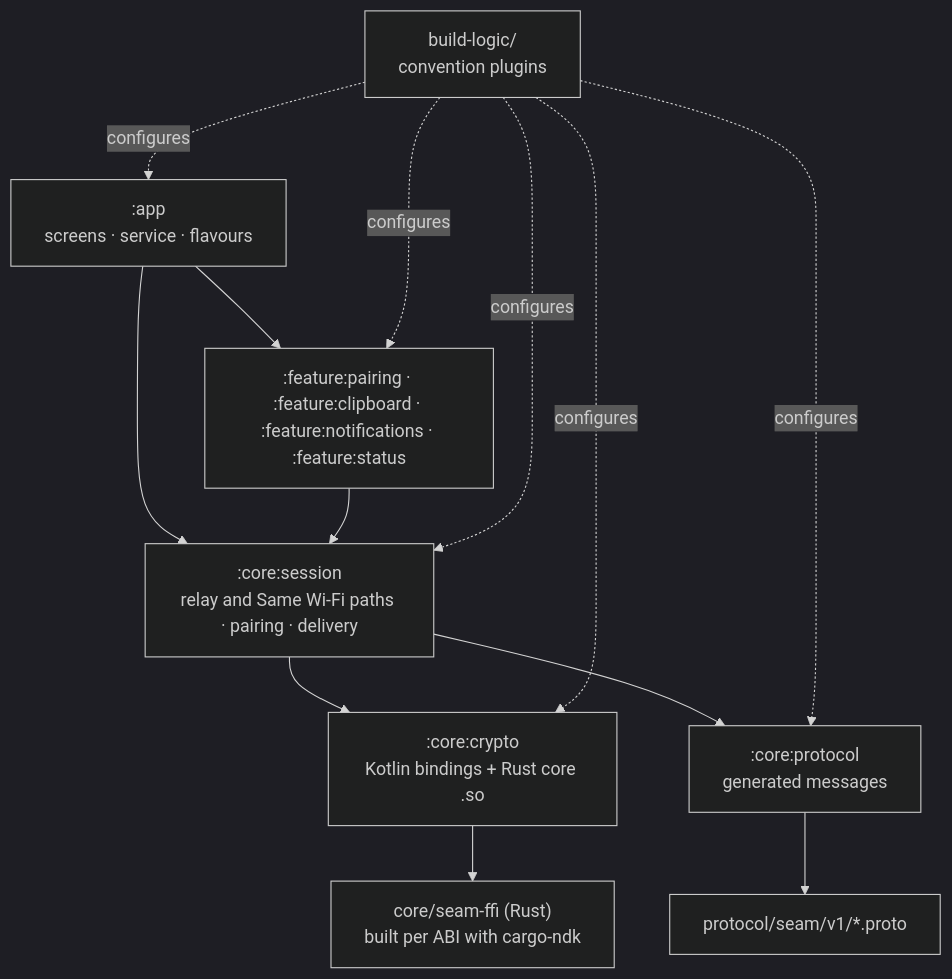
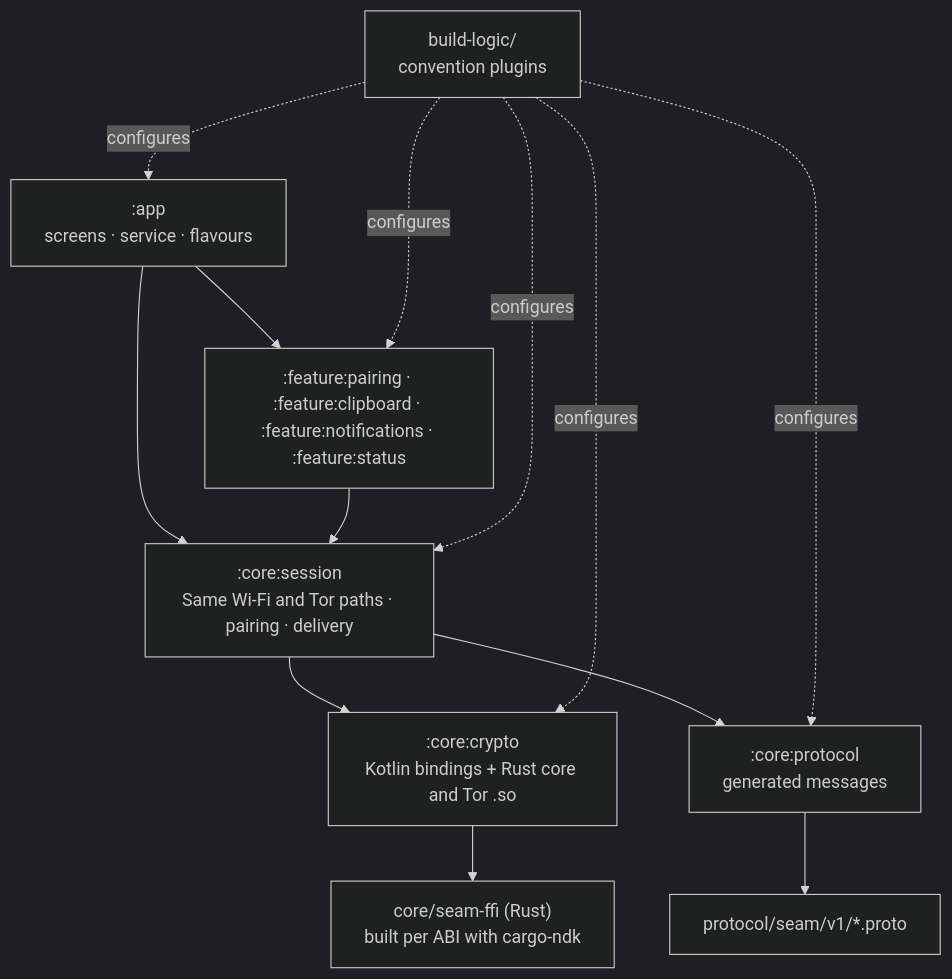
Before and after one commit to aveterosystems/seam: the diagram in apps/android/README.md, drawn with Mermaid (dark theme). The commit also changed other lines of this file and 75 other files, not shown here.

First line of the commit message:
Remove the retired relay; docs describe Same Wi‑Fi and Tor only (#48)

````diff
--- a/apps/android/README.md
+++ b/apps/android/README.md
@@ -13,11 +13,11 @@
 ```mermaid
 flowchart TB
     app[":app<br/>screens · service · flavours"] --> features[":feature:pairing · :feature:clipboard · :feature:notifications · :feature:status"]
     app --> session
-    features --> session[":core:session<br/>relay and Same Wi‑Fi paths · pairing · delivery"]
-    session --> crypto[":core:crypto<br/>Kotlin bindings + Rust core .so"]
+    features --> session[":core:session<br/>Same Wi‑Fi and Tor paths · pairing · delivery"]
+    session --> crypto[":core:crypto<br/>Kotlin bindings + Rust core and Tor .so"]
     session --> protocol[":core:protocol<br/>generated messages"]
     crypto --> rust["core/seam-ffi (Rust)<br/>built per ABI with cargo-ndk"]
     protocol --> proto["protocol/seam/v1/*.proto"]
     logic["build-logic/<br/>convention plugins"] -. "configures" .-> app & features & session & crypto & protocol
 ```
````
